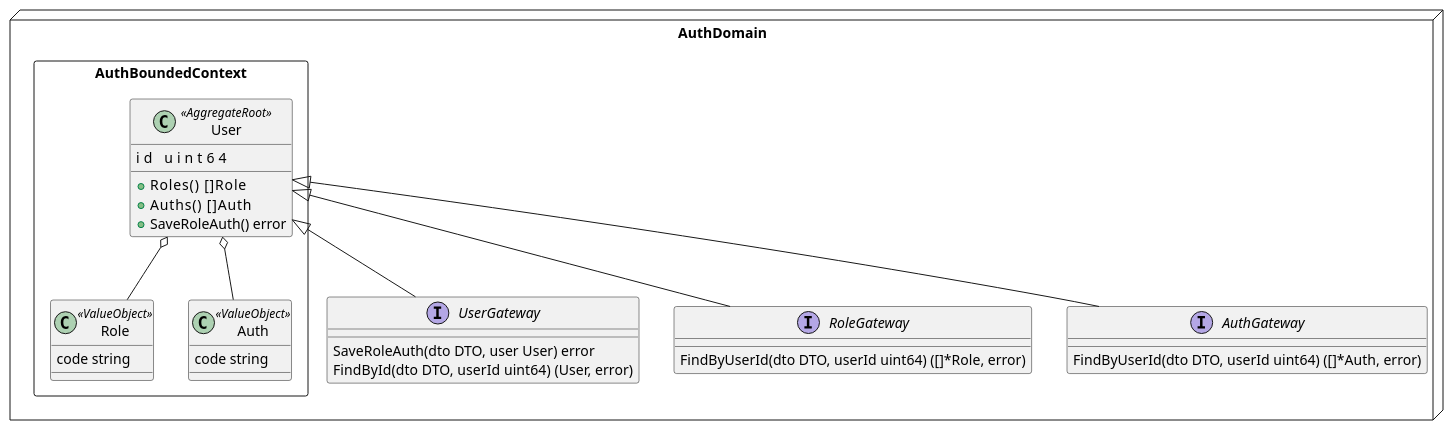
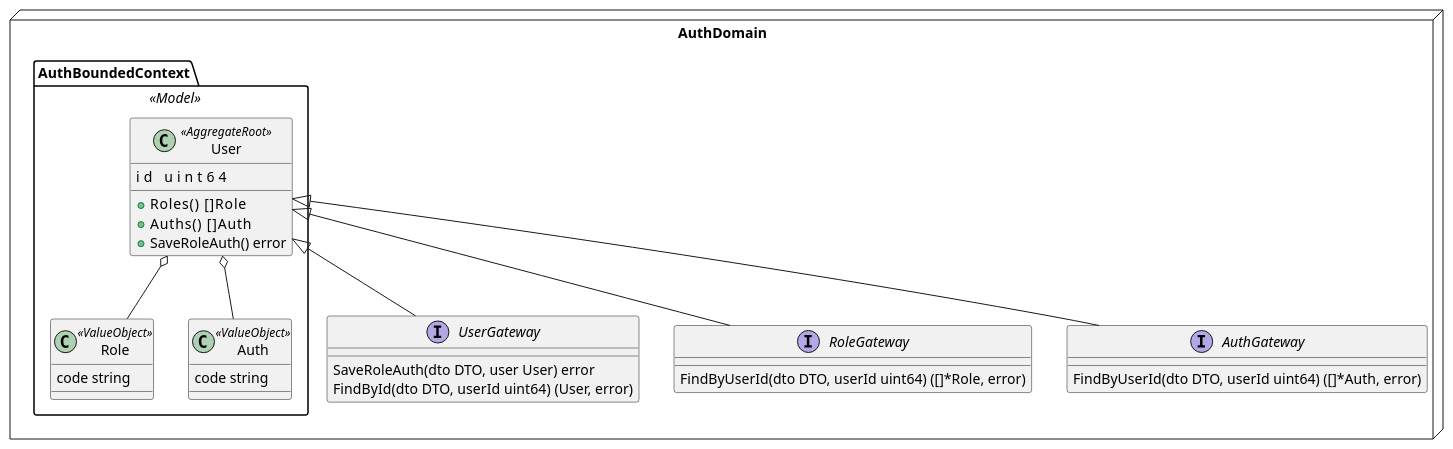
The diagram in doc/auth-domain.puml (zhanjunjie2019/colago), drawn with PlantUML before and after one commit. The commit also changed 2 other files, not shown here.

```diff
--- a/doc/auth-domain.puml
+++ b/doc/auth-domain.puml
@@ -1,33 +1,33 @@
 @startuml
 namespace AuthDomain<<Node>>{
-    namespace AuthBoundedContext<<Rectangle>>{
+    namespace AuthBoundedContext<<Model>>{
         class User<<AggregateRoot>>{
             id          uint64
             +Roles()    []Role
             +Auths()    []Auth
             +SaveRoleAuth() error
         }
         class Role<<ValueObject>>{
             code string
         }
         class Auth<<ValueObject>>{
             code string
         }
         User o-- Role
         User o-- Auth
         User <|-- AuthDomain.UserGateway
         User <|-- AuthDomain.RoleGateway
         User <|-- AuthDomain.AuthGateway
     }
     interface UserGateway{
     	SaveRoleAuth(dto DTO, user User) error
     	FindById(dto DTO, userId uint64) (User, error)
     }
     interface RoleGateway{
         FindByUserId(dto DTO, userId uint64) ([]*Role, error)
     }
     interface AuthGateway{
         FindByUserId(dto DTO, userId uint64) ([]*Auth, error)
     }
 }
 @enduml
```
